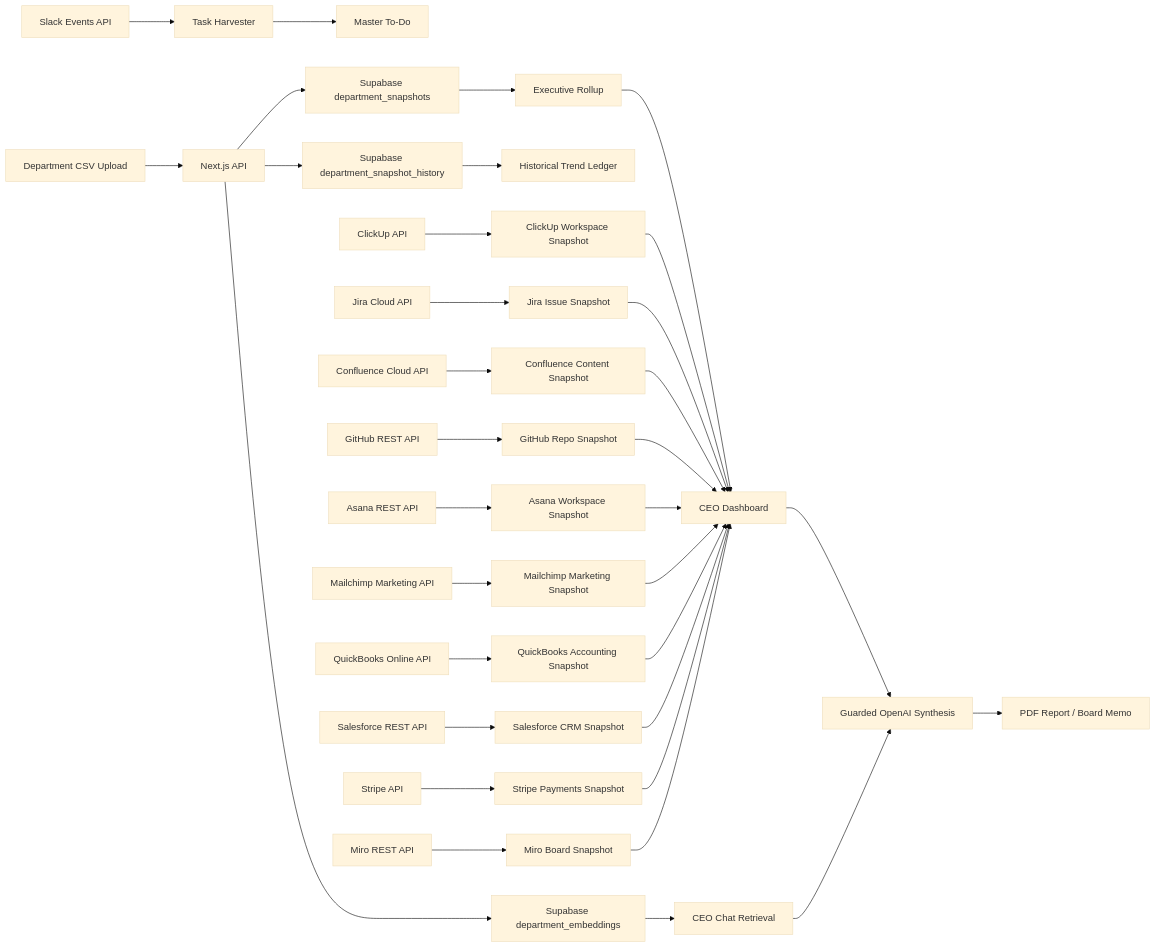
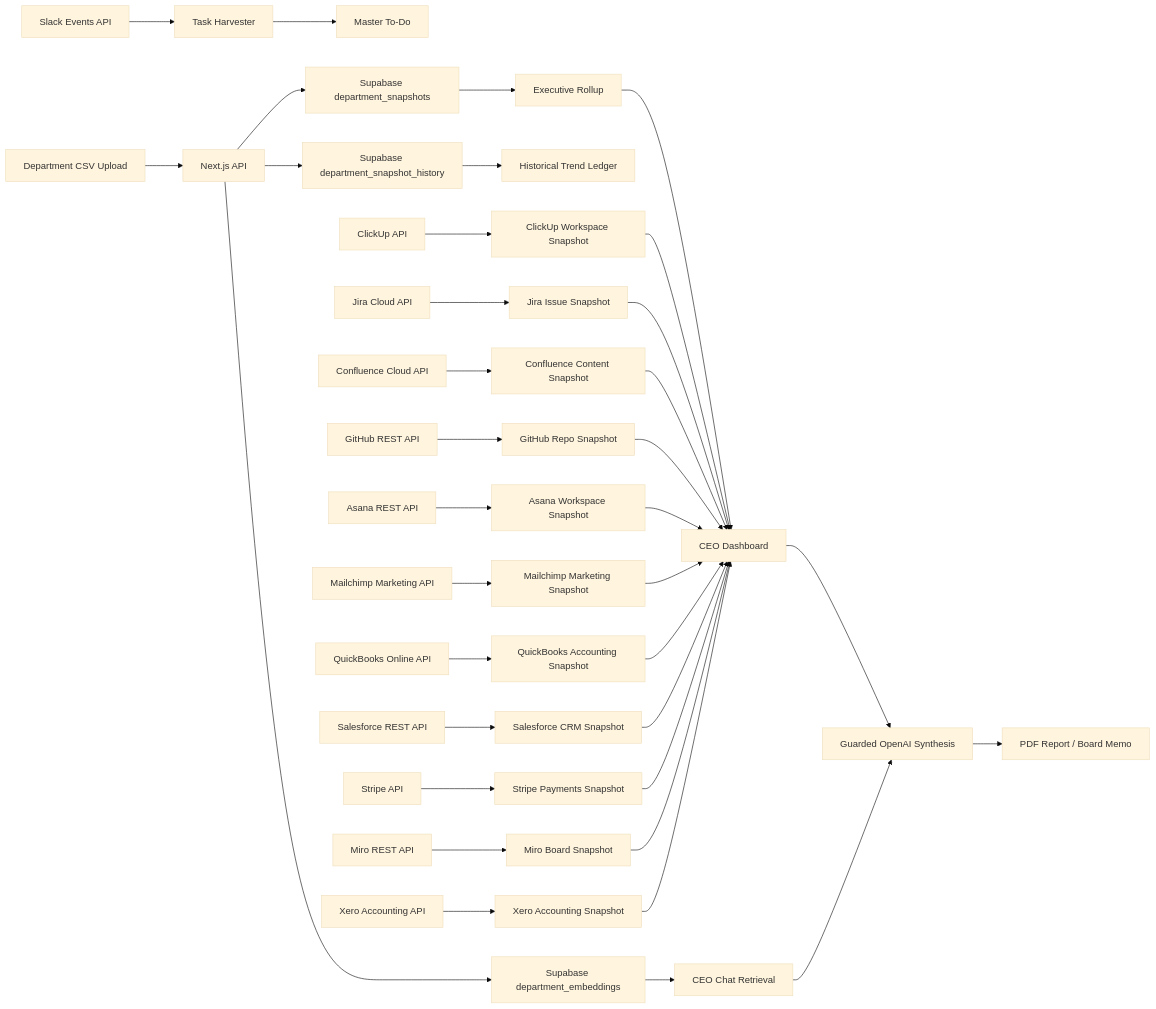
Before and after one commit to suhasbhairav/ai-chief-of-staff: the diagram in README.md, drawn with Mermaid (base theme). The commit also changed other lines of this file and 9 other files, not shown here.

````diff
--- a/README.md
+++ b/README.md
@@ -378,36 +382,38 @@
 ```mermaid
 flowchart LR
   A[Department CSV Upload] --> B[Next.js API]
   B --> C[Supabase department_snapshots]
   B --> D[Supabase department_snapshot_history]
   B --> M[Supabase department_embeddings]
   C --> E[Executive Rollup]
   D --> F[Historical Trend Ledger]
   M --> N[CEO Chat Retrieval]
   E --> G[CEO Dashboard]
   G --> H[Guarded OpenAI Synthesis]
   N --> H
   H --> I[PDF Report / Board Memo]
   J[Slack Events API] --> K[Task Harvester]
   K --> L[Master To-Do]
   O[ClickUp API] --> P[ClickUp Workspace Snapshot]
   P --> G
   Q[Jira Cloud API] --> R[Jira Issue Snapshot]
   S[Confluence Cloud API] --> T[Confluence Content Snapshot]
   U[GitHub REST API] --> V[GitHub Repo Snapshot]
   W[Asana REST API] --> X[Asana Workspace Snapshot]
   Y[Mailchimp Marketing API] --> Z[Mailchimp Marketing Snapshot]
   AA[QuickBooks Online API] --> AB[QuickBooks Accounting Snapshot]
   AC[Salesforce REST API] --> AD[Salesforce CRM Snapshot]
   AE[Stripe API] --> AF[Stripe Payments Snapshot]
   AG[Miro REST API] --> AH[Miro Board Snapshot]
+  AI[Xero Accounting API] --> AJ[Xero Accounting Snapshot]
   R --> G
   T --> G
   V --> G
   X --> G
   Z --> G
   AB --> G
   AD --> G
   AF --> G
   AH --> G
+  AJ --> G
 ```
````
